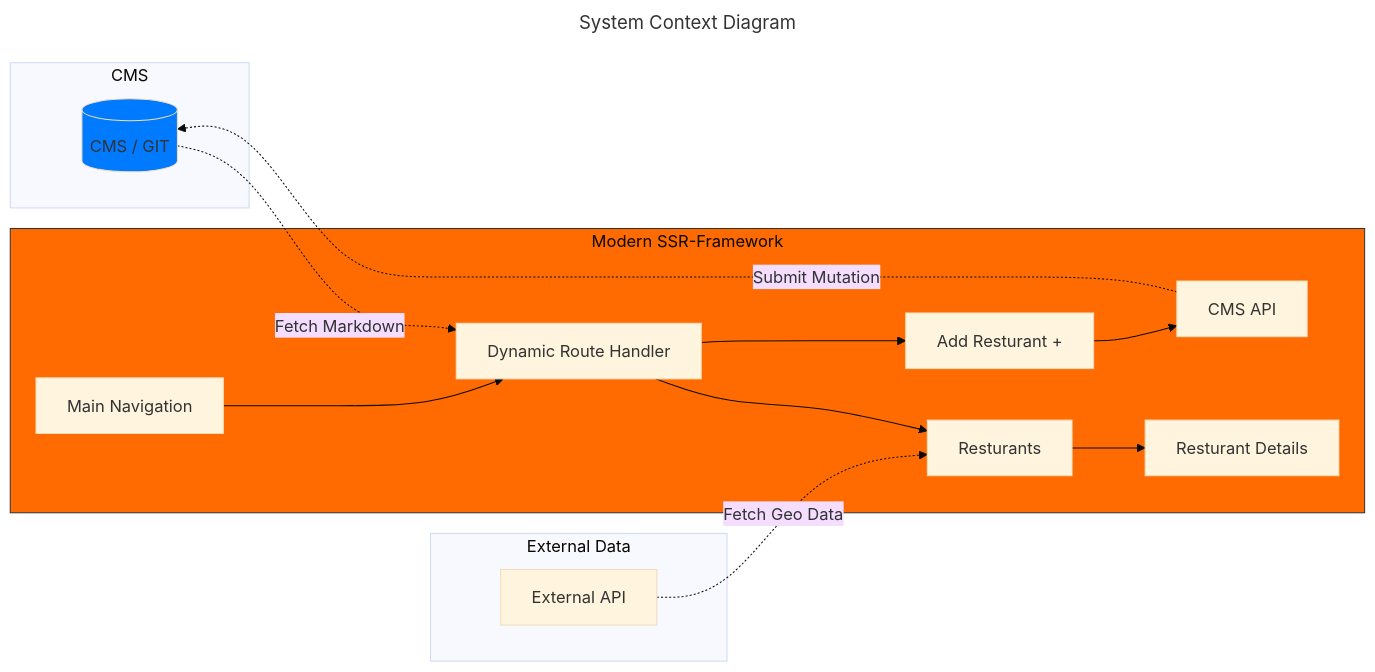
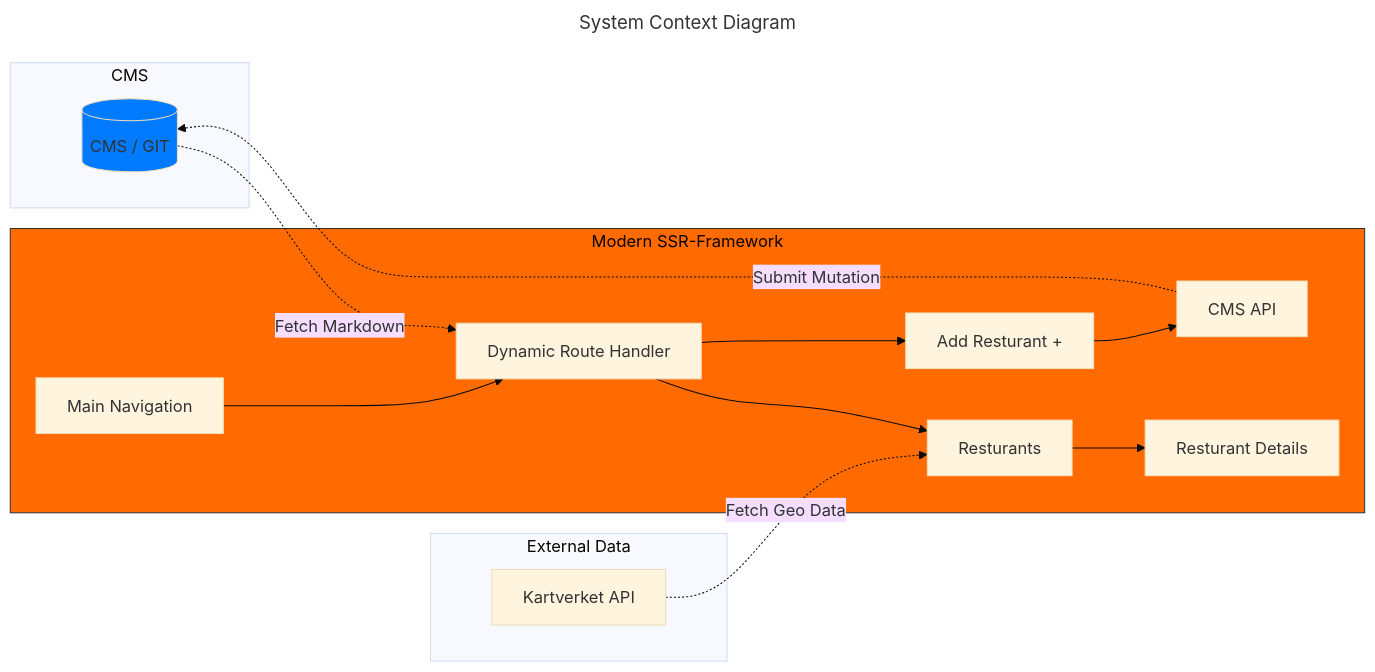
One commit to krigjo25/PuraSecurus changed the diagram in docs/SystemContextDiagram.md. Above: the diagram before and after it, drawn with Mermaid (base theme).

Commit message:
docs(Diagram): 📝 Added Kartverket as External API

````diff
--- a/docs/SystemContextDiagram.md
+++ b/docs/SystemContextDiagram.md
@@ -1,44 +1,43 @@
 ```mermaid
 ---
 title: "System Context Diagram"
 
 ---
 graph LR
 
     %% Participants
     CMS[External Data]
     Tina[(CMS / GIT)]
     NAV[Main Navigation]
     Router[Dynamic Route Handler]
 
     LP[Resturants]
     AR[Add Resturant +]
     D[Resturant Details]
     API[CMS API]
-    EAPI[External API]
+    EAPI[Kartverket API]
 
     subgraph CMS
         Tina
     end
 
     subgraph ExternalAPI[External Data]
         EAPI
     end
 
     subgraph Nuxt[Modern SSR-Framework]
         NAV --> Router
         Tina -.-> |Fetch Markdown| Router
         Router --> LP
         LP --> D
         EAPI -.-> |Fetch Geo Data| LP
 
         Router --> AR
         AR --> API
         API -.-> |Submit Mutation| Tina
     end
 
     %% styles
     style Tina fill: #007BFF
     style Nuxt fill:#FF6B00,stroke:#333
-
 ```
````
